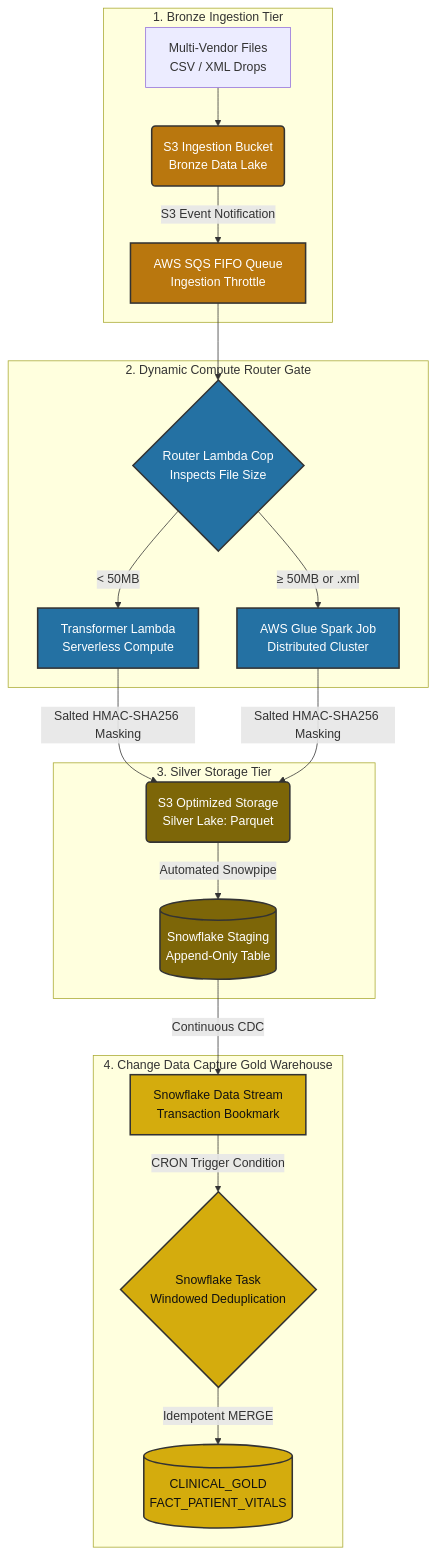
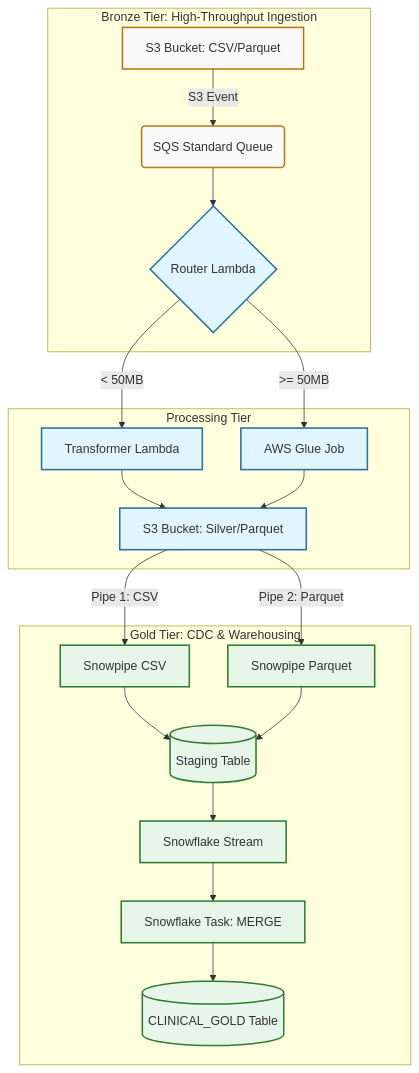
One commit to deepanomula/healthcare-data-platform-aws-snowflake changed the diagram in README.md. Above: the diagram before and after it, drawn with Mermaid. The commit also changed other lines of this file, not shown here.

Commit message:
fix: Removed FIFO and added 2 snowpipes to match our current architecture in README.md

````diff
--- a/README.md
+++ b/README.md
@@ -13,35 +13,33 @@
 ```mermaid
 graph TD
-    %% Styling Configuration
-    classDef bronze fill:#b9770e,stroke:#333,stroke-width:2px,color:#fff;
-    classDef router fill:#2471a3,stroke:#333,stroke-width:2px,color:#fff;
-    classDef silver fill:#7d6608,stroke:#333,stroke-width:2px,color:#fff;
-    classDef gold fill:#d4ac0d,stroke:#333,stroke-width:2px,color:#111;
+    %% Define Styles
+    classDef bronze fill:#f9f9f9,stroke:#b9770e,stroke-width:2px;
+    classDef compute fill:#e1f5fe,stroke:#2471a3,stroke-width:2px;
+    classDef snowflake fill:#e8f5e9,stroke:#2e7d32,stroke-width:2px;
 
-    subgraph BRONZE_TIER [1. Bronze Ingestion Tier]
-        A[Multi-Vendor Files<br>CSV / XML Drops] --> B(S3 Ingestion Bucket<br>Bronze Data Lake)
-        B -->|S3 Event Notification| C[AWS SQS FIFO Queue<br>Ingestion Throttle]
+    subgraph AWS_INGEST [Bronze Tier: High-Throughput Ingestion]
+        A[S3 Bucket: CSV/Parquet] -->|S3 Event| B(SQS Standard Queue)
+        B --> C{Router Lambda}
     end
-    class B,C bronze;
 
-    subgraph COMPUTE_ROUTER [2. Dynamic Compute Router Gate]
-        C --> D{Router Lambda Cop<br>Inspects File Size}
-        D -->|< 50MB| E[Transformer Lambda<br>Serverless Compute]
-        D -->|≥ 50MB or .xml| F[AWS Glue Spark Job<br>Distributed Cluster]
+    subgraph AWS_COMPUTE [Processing Tier]
+        C -->| < 50MB | D[Transformer Lambda]
+        C -->| >= 50MB | E[AWS Glue Job]
+        D --> F[S3 Bucket: Silver/Parquet]
+        E --> F
     end
-    class D,E,F router;
 
-    subgraph SILVER_TIER [3. Silver Storage Tier]
-        E -->|Salted HMAC-SHA256 Masking| G(S3 Optimized Storage<br>Silver Lake: Parquet)
-        F -->|Salted HMAC-SHA256 Masking| G
-        G -->|Automated Snowpipe| H[(Snowflake Staging<br>Append-Only Table)]
+    subgraph SNOWFLAKE [Gold Tier: CDC & Warehousing]
+        F -->|Pipe 1: CSV| G[Snowpipe CSV]
+        F -->|Pipe 2: Parquet| H[Snowpipe Parquet]
+        G --> I[(Staging Table)]
+        H --> I
+        I --> J[Snowflake Stream]
+        J --> K[Snowflake Task: MERGE]
+        K --> L[(CLINICAL_GOLD Table)]
     end
-    class G,H silver;
 
-    subgraph GOLD_WAREHOUSE [4. Change Data Capture Gold Warehouse]
-        H -->|Continuous CDC| I[Snowflake Data Stream<br>Transaction Bookmark]
-        I -->|CRON Trigger Condition| J{Snowflake Task<br>Windowed Deduplication}
-        J -->|Idempotent MERGE| K[(CLINICAL_GOLD<br>FACT_PATIENT_VITALS)]
-    end
-    class I,J,K gold;
+    class A,B bronze;
+    class C,D,E,F compute;
+    class G,H,I,J,K,L snowflake;
 ```
````
